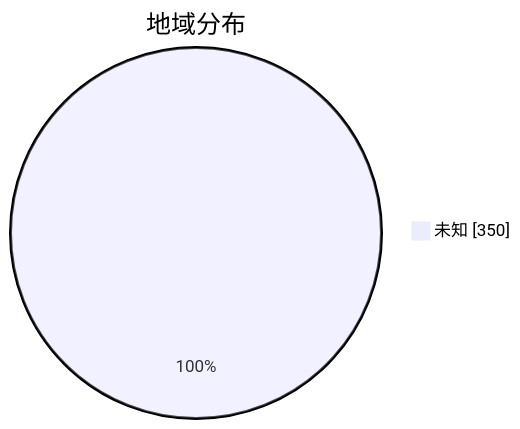
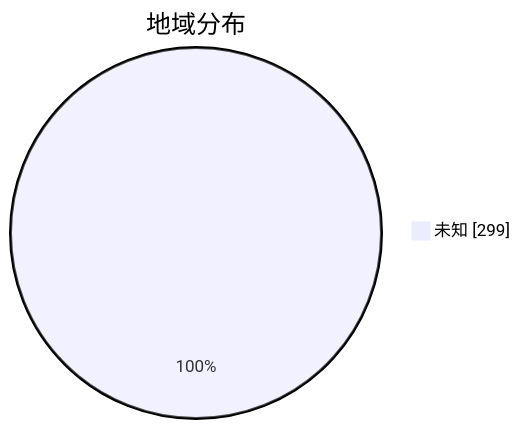
The second of 3 diagrams in subs/statistics/tested_within.md (qjlxg/airport), drawn with Mermaid before and after one commit. The commit also changed other lines of this file and 2 other files, not shown here.

````diff
--- a/subs/statistics/tested_within.md
+++ b/subs/statistics/tested_within.md
@@ -15,5 +12,5 @@
 ```mermaid
 pie showData
 title 地域分布
-"未知" : 350
+"未知" : 299
 ```
````
